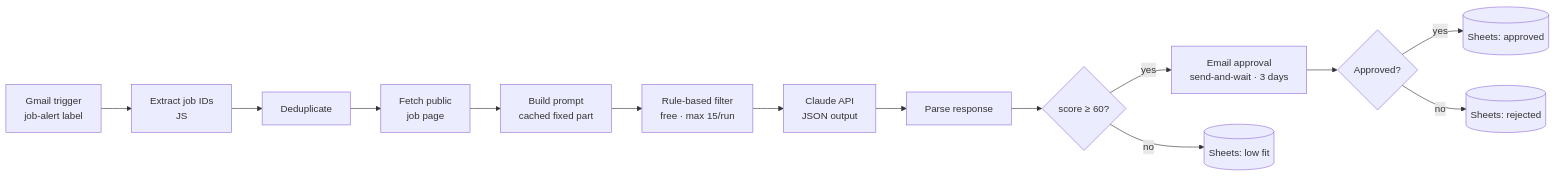
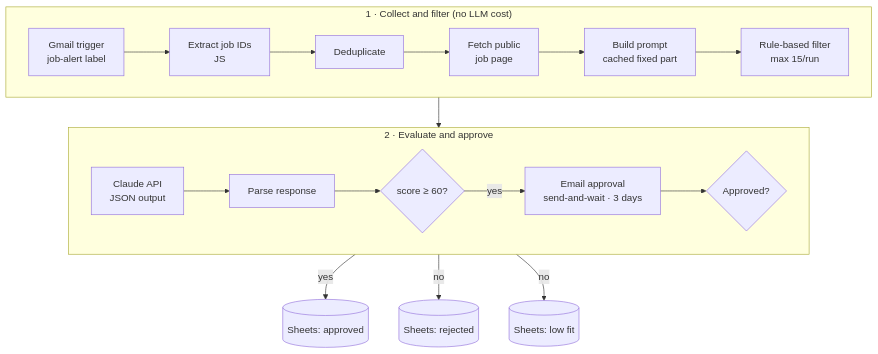
Before and after one commit to aavelarbelo/llm-job-application-assistant: the diagram in n8n/README.md, drawn with Mermaid. The commit also changed 1 other file, not shown here.

Commit message:
Docs: split Mermaid diagrams into two rows for readability
Claude-Session: https://claude.ai/code/session_01FyiMzVGZPWt1WWcRt5YY2j

````diff
--- a/n8n/README.md
+++ b/n8n/README.md
@@ -14,11 +14,18 @@
 ```mermaid
-flowchart LR
-    T[Gmail trigger<br/>job-alert label] --> X[Extract job IDs<br/>JS] --> D[Deduplicate]
-    D --> F[Fetch public<br/>job page] --> P[Build prompt<br/>cached fixed part]
-    P --> R[Rule-based filter<br/>free · max 15/run] --> C[Claude API<br/>JSON output]
-    C --> I[Parse response] --> S{score ≥ 60?}
-    S -- yes --> A[Email approval<br/>send-and-wait · 3 days] --> Q{Approved?}
+flowchart TB
+    subgraph A[" 1 · Collect and filter (no LLM cost) "]
+        direction LR
+        T[Gmail trigger<br/>job-alert label] --> X[Extract job IDs<br/>JS] --> D[Deduplicate]
+        D --> F[Fetch public<br/>job page] --> P[Build prompt<br/>cached fixed part]
+        P --> R[Rule-based filter<br/>max 15/run]
+    end
+    subgraph B[" 2 · Evaluate and approve "]
+        direction LR
+        C[Claude API<br/>JSON output] --> I[Parse response] --> S{score ≥ 60?}
+        S -- yes --> AP[Email approval<br/>send-and-wait · 3 days] --> Q{Approved?}
+    end
+    R --> C
     Q -- yes --> G1[(Sheets: approved)]
     Q -- no --> G2[(Sheets: rejected)]
     S -- no --> G3[(Sheets: low fit)]
 ```
````
